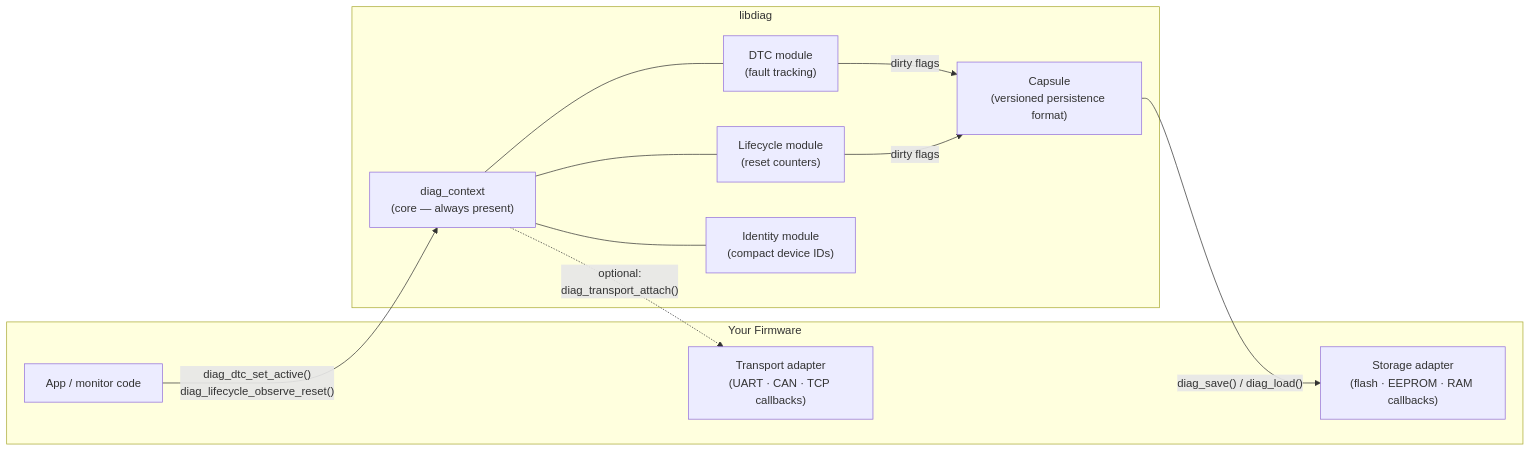
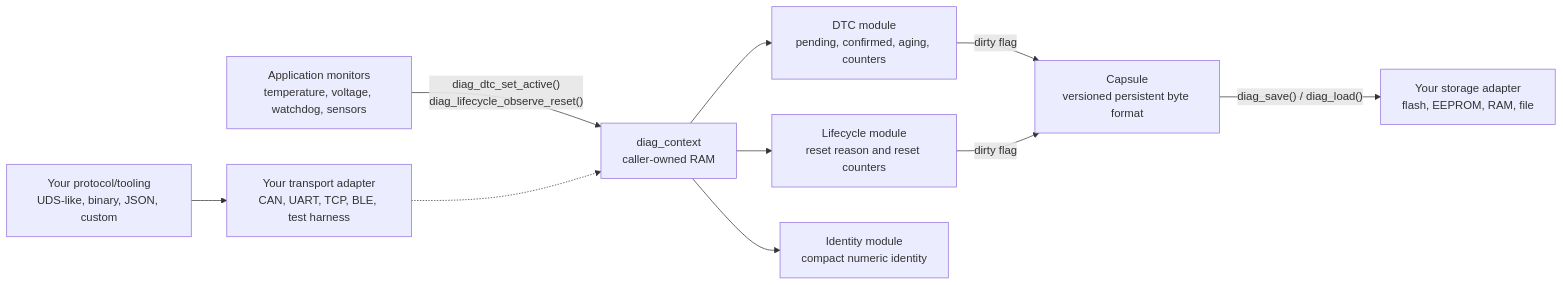
Before and after one commit to Mrunmoy/diagnostics: the diagram in README.md, drawn with Mermaid. The commit also changed other lines of this file and 13 other files, not shown here.

````diff
--- a/README.md
+++ b/README.md
@@ -24,22 +45,22 @@
 ```mermaid
 graph LR
-    subgraph YF["Your Firmware"]
-        APP["App / monitor code"]
-        SA["Storage adapter\n(flash · EEPROM · RAM callbacks)"]
-        TA["Transport adapter\n(UART · CAN · TCP callbacks)"]
-    end
+    APP["Application monitors<br/>temperature, voltage, watchdog, sensors"]
+    CTX["diag_context<br/>caller-owned RAM"]
+    DTC["DTC module<br/>pending, confirmed, aging, counters"]
+    LIFE["Lifecycle module<br/>reset reason and reset counters"]
+    ID["Identity module<br/>compact numeric identity"]
+    CAPS["Capsule<br/>versioned persistent byte format"]
+    STORE["Your storage adapter<br/>flash, EEPROM, RAM, file"]
+    TRANS["Your transport adapter<br/>CAN, UART, TCP, BLE, test harness"]
+    TOOL["Your protocol/tooling<br/>UDS-like, binary, JSON, custom"]
 
-    subgraph LD["libdiag"]
-        CTX["diag_context\n(core — always present)"]
-        DTC["DTC module\n(fault tracking)"]
-        LC["Lifecycle module\n(reset counters)"]
-        ID["Identity module\n(compact device IDs)"]
-        CAP["Capsule\n(versioned persistence format)"]
-    end
-
-    APP -- "diag_dtc_set_active()\ndiag_lifecycle_observe_reset()" --> CTX
-    CTX --- DTC & LC & ID
-    DTC & LC -- "dirty flags" --> CAP
-    CAP -- "diag_save() / diag_load()" --> SA
-    CTX -. "optional:\ndiag_transport_attach()" .-> TA
+    APP -->|"diag_dtc_set_active()<br/>diag_lifecycle_observe_reset()"| CTX
+    CTX --> DTC
+    CTX --> LIFE
+    CTX --> ID
+    DTC -->|"dirty flag"| CAPS
+    LIFE -->|"dirty flag"| CAPS
+    CAPS -->|"diag_save() / diag_load()"| STORE
+    TOOL --> TRANS
+    TRANS -.-> CTX
 ```
````
